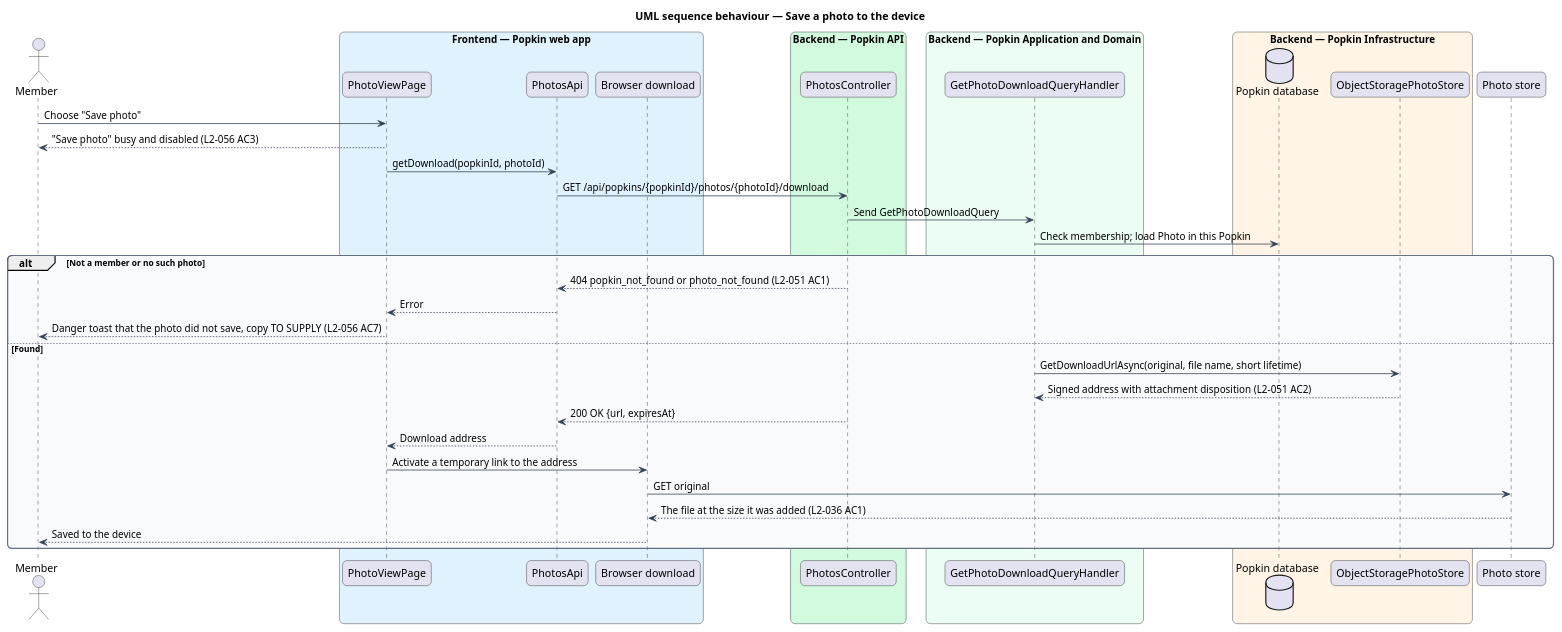
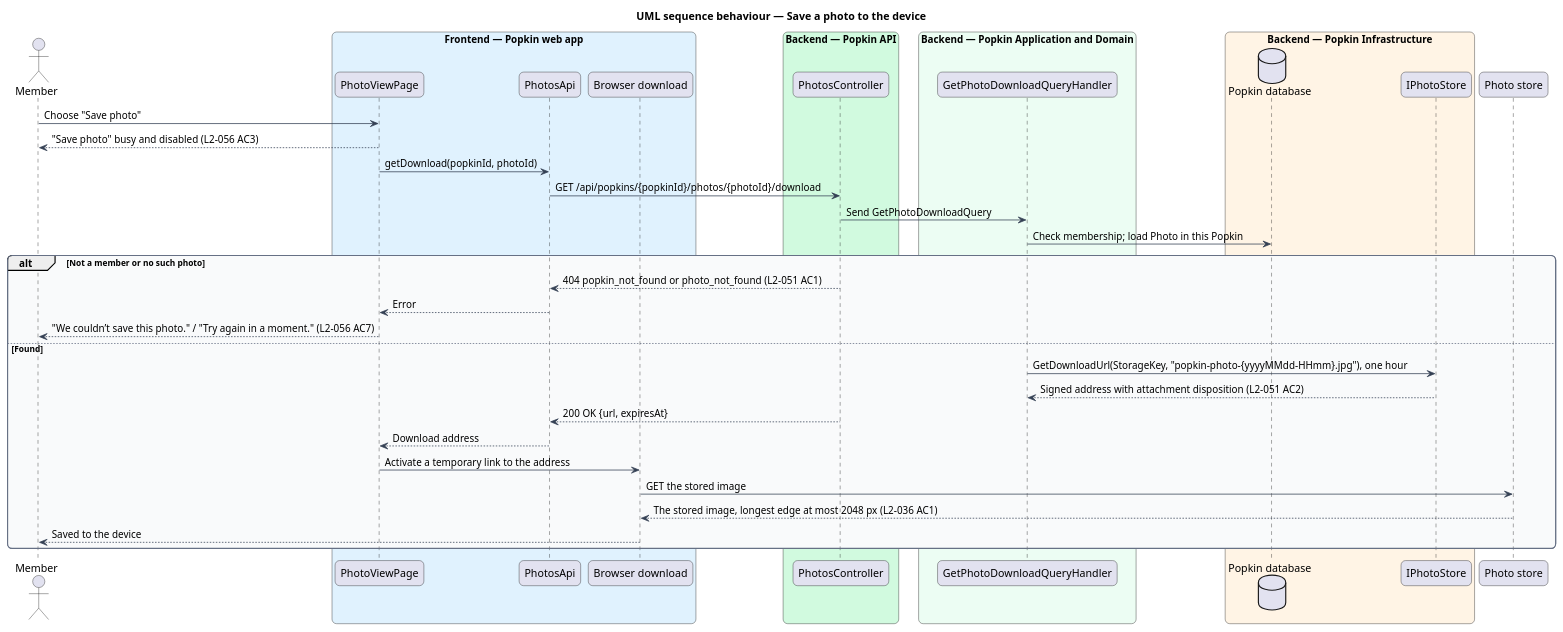
Before and after one commit to QuinntyneBrown/popkin: the diagram in docs/detailed-designs/photos/save-photo/diagrams/sequence-save-photo.puml, drawn with PlantUML. The commit also changed 10 other files, not shown here.

```diff
--- a/docs/detailed-designs/photos/save-photo/diagrams/sequence-save-photo.puml
+++ b/docs/detailed-designs/photos/save-photo/diagrams/sequence-save-photo.puml
@@ -1,55 +1,55 @@
 @startuml
 title UML sequence behaviour — Save a photo to the device
 skinparam backgroundColor #FFFFFF
 skinparam shadowing false
 skinparam roundcorner 12
 skinparam defaultFontName Arial
 skinparam ArrowColor #344054
 skinparam rectangle {
   BorderColor #344054
   FontColor #101828
 }
 skinparam package {
   BorderColor #667085
   FontColor #101828
   BackgroundColor #F9FAFB
 }
 actor "Member" as actor
 box "Frontend — Popkin web app" #E0F2FE
   participant "PhotoViewPage" as page
   participant "PhotosApi" as client
   participant "Browser download" as browser
 end box
 box "Backend — Popkin API" #D1FADF
   participant "PhotosController" as controller
 end box
 box "Backend — Popkin Application and Domain" #ECFDF3
   participant "GetPhotoDownloadQueryHandler" as handler
 end box
 box "Backend — Popkin Infrastructure" #FFF4E5
   database "Popkin database" as db
-  participant "ObjectStoragePhotoStore" as store
+  participant "IPhotoStore" as store
 end box
 participant "Photo store" as files
 
 actor -> page : Choose "Save photo"
 page --> actor : "Save photo" busy and disabled (L2-056 AC3)
 page -> client : getDownload(popkinId, photoId)
 client -> controller : GET /api/popkins/{popkinId}/photos/{photoId}/download
 controller -> handler : Send GetPhotoDownloadQuery
 handler -> db : Check membership; load Photo in this Popkin
 alt Not a member or no such photo
   controller --> client : 404 popkin_not_found or photo_not_found (L2-051 AC1)
   client --> page : Error
-  page --> actor : Danger toast that the photo did not save, copy TO SUPPLY (L2-056 AC7)
+  page --> actor : "We couldn’t save this photo." / "Try again in a moment." (L2-056 AC7)
 else Found
-  handler -> store : GetDownloadUrlAsync(original, file name, short lifetime)
+  handler -> store : GetDownloadUrl(StorageKey, "popkin-photo-{yyyyMMdd-HHmm}.jpg"), one hour
   store --> handler : Signed address with attachment disposition (L2-051 AC2)
   controller --> client : 200 OK {url, expiresAt}
   client --> page : Download address
   page -> browser : Activate a temporary link to the address
-  browser -> files : GET original
-  files --> browser : The file at the size it was added (L2-036 AC1)
+  browser -> files : GET the stored image
+  files --> browser : The stored image, longest edge at most 2048 px (L2-036 AC1)
   browser --> actor : Saved to the device
 end
 @enduml
```
